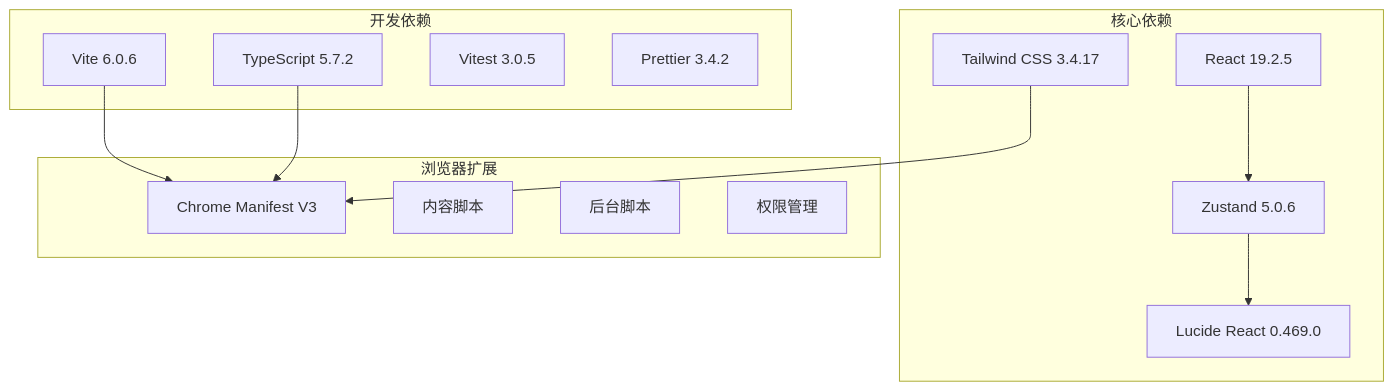
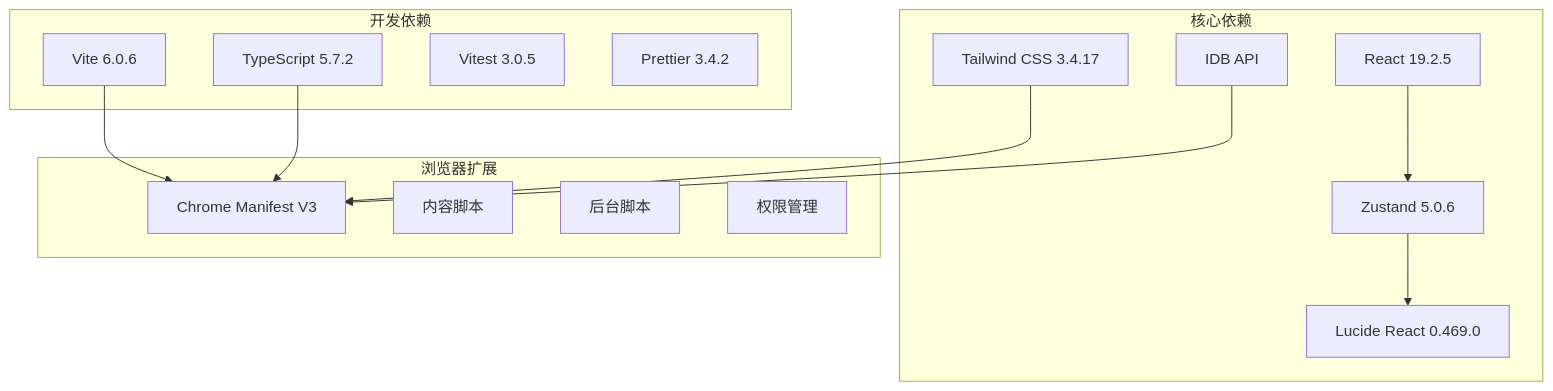
Diagram 13 of 14 in .qoder/repowiki/zh/content/核心功能模块/WebDAV云同步系统.md (RadiumAg/bilibili-favorites), drawn with Mermaid before and after one commit. The commit also changed other lines of this file and 2 other files, not shown here.

````diff
--- a/.qoder/repowiki/zh/content/核心功能模块/WebDAV云同步系统.md
+++ b/.qoder/repowiki/zh/content/核心功能模块/WebDAV云同步系统.md
@@ -369,26 +467,28 @@
 ```mermaid
 graph TB
 subgraph "核心依赖"
 React[React 19.2.5]
 Zustand[Zustand 5.0.6]
 Lucide[Lucide React 0.469.0]
 Tailwind[Tailwind CSS 3.4.17]
+IDB[IDB API]
 end
 subgraph "开发依赖"
 Vite[Vite 6.0.6]
 TypeScript[TypeScript 5.7.2]
 Vitest[Vitest 3.0.5]
 Prettier[Prettier 3.4.2]
 end
 subgraph "浏览器扩展"
 Manifest[Chrome Manifest V3]
 ContentScript[内容脚本]
 Background[后台脚本]
 Permissions[权限管理]
 end
 React --> Zustand
 Zustand --> Lucide
 Tailwind --> Manifest
 Vite --> Manifest
 TypeScript --> Manifest
+IDB --> Manifest
 ```
````
